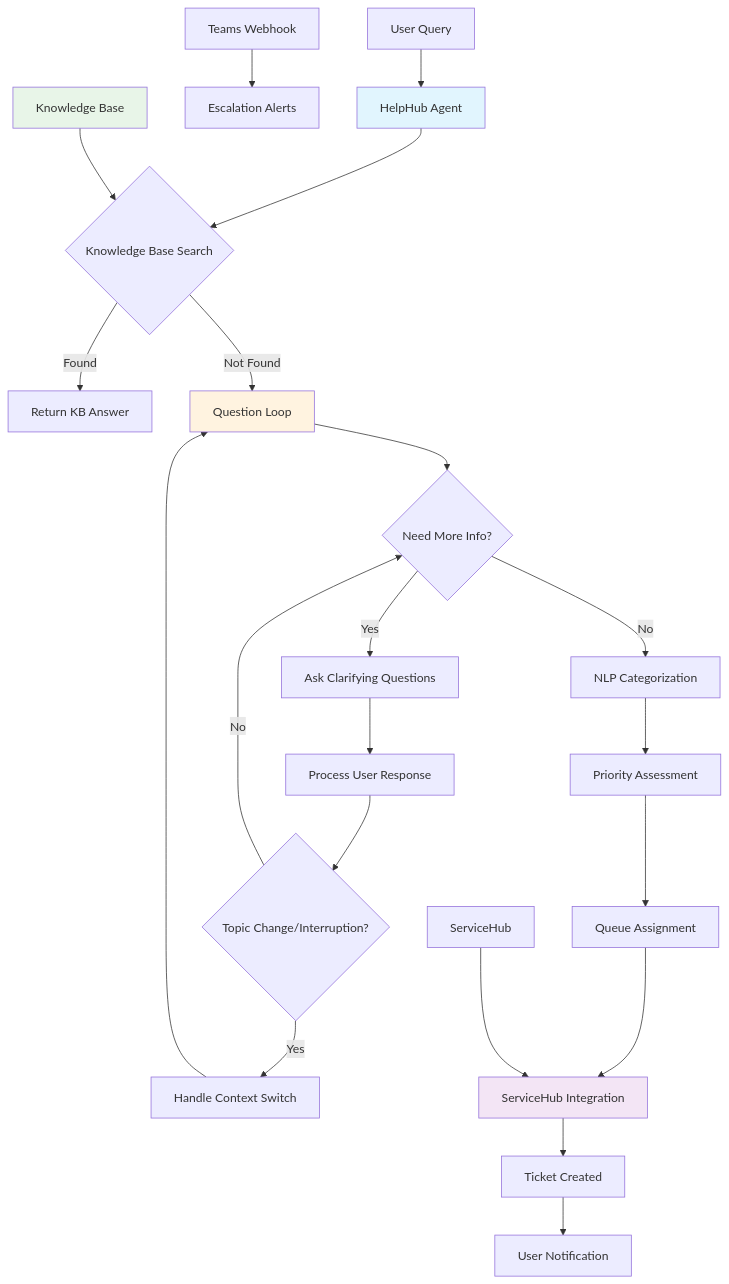
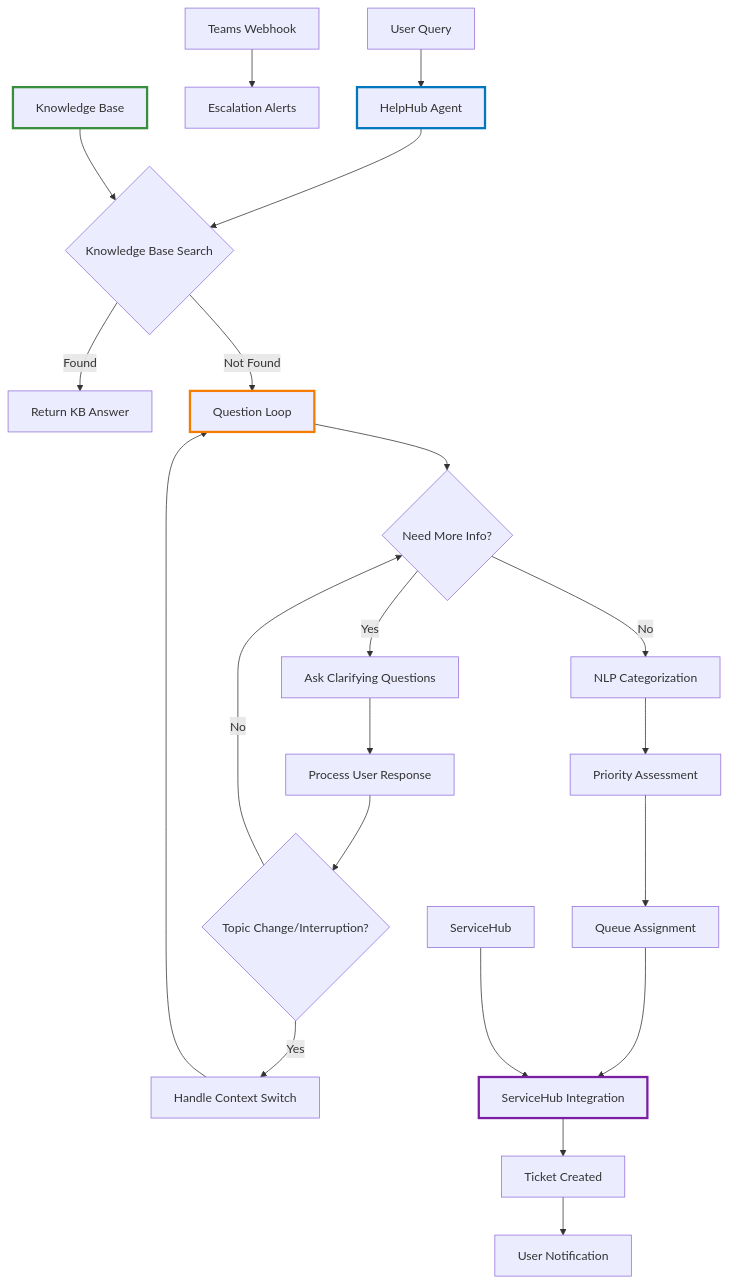
One commit to dextersjab/agentic-workbench-langgraph changed the first of 7 diagrams in README.md. Above: the diagram before and after it, drawn with Mermaid. The commit also changed other lines of this file, not shown here.

````diff
--- a/README.md
+++ b/README.md
@@ -42,29 +42,29 @@
 ```mermaid
 graph TD
     A[User Query] --> B[HelpHub Agent]
     B --> C{Knowledge Base Search}
     C -->|Found| D[Return KB Answer]
     C -->|Not Found| E[Question Loop]
     E --> F{Need More Info?}
     F -->|Yes| G[Ask Clarifying Questions]
     G --> H[Process User Response]
     H --> I{Topic Change/Interruption?}
     I -->|Yes| J[Handle Context Switch]
     J --> E
     I -->|No| F
     F -->|No| K[NLP Categorization]
     K --> L[Priority Assessment]
     L --> M[Queue Assignment]
     M --> N[ServiceHub Integration]
     N --> O[Ticket Created]
     O --> P[User Notification]
     
     Q[ServiceHub] --> N
     R[Teams Webhook] --> S[Escalation Alerts]
     T[Knowledge Base] --> C
     
-    style B fill:#e1f5fe
-    style E fill:#fff3e0
-    style N fill:#f3e5f5
-    style T fill:#e8f5e8
+    style B stroke:#0277bd,stroke-width:3px
+    style E stroke:#f57c00,stroke-width:3px
+    style N stroke:#7b1fa2,stroke-width:3px
+    style T stroke:#388e3c,stroke-width:3px
 ```
````
